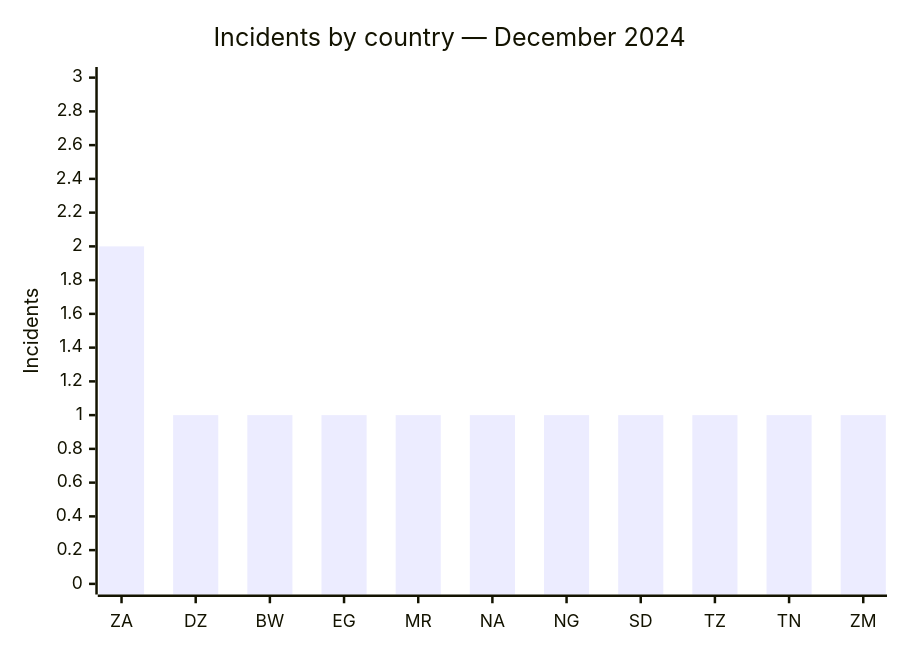
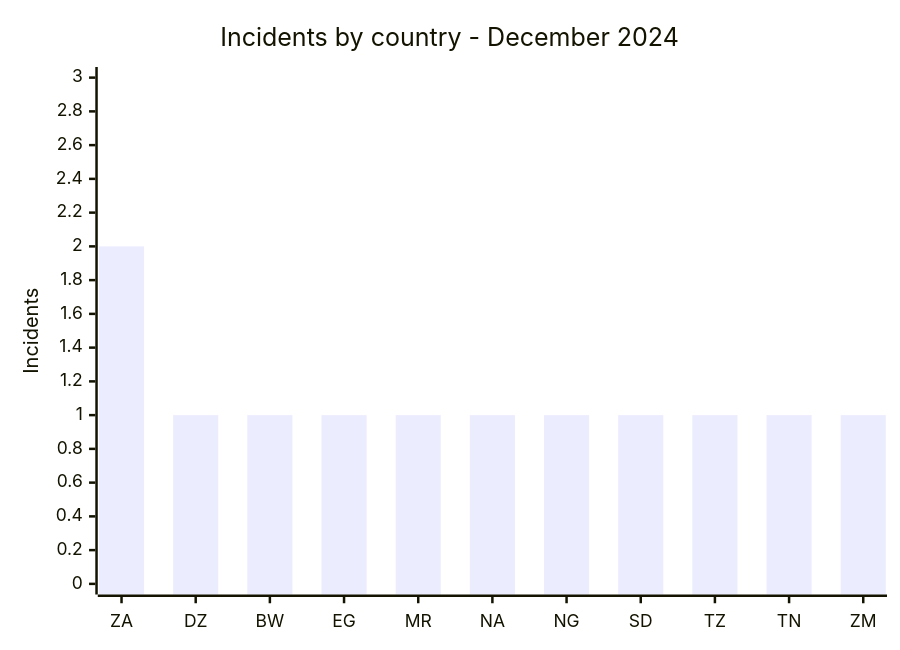
One commit to Hatchepsoute/AFRINTEL changed the first of 2 diagrams in CyberAttackAfrica/2024/12-december/README.md. Above: the diagram before and after it, drawn with Mermaid. The commit also changed other lines of this file and 182 other files, not shown here.

````diff
--- a/CyberAttackAfrica/2024/12-december/README.md
+++ b/CyberAttackAfrica/2024/12-december/README.md
@@ -50,7 +50,7 @@
 ```mermaid
 xychart
-    title "Incidents by country — December 2024"
+    title "Incidents by country - December 2024"
     x-axis ["ZA","DZ","BW","EG","MR","NA","NG","SD","TZ","TN","ZM"]
     y-axis "Incidents" 0 --> 3
     bar [2,1,1,1,1,1,1,1,1,1,1]
 ```
````
